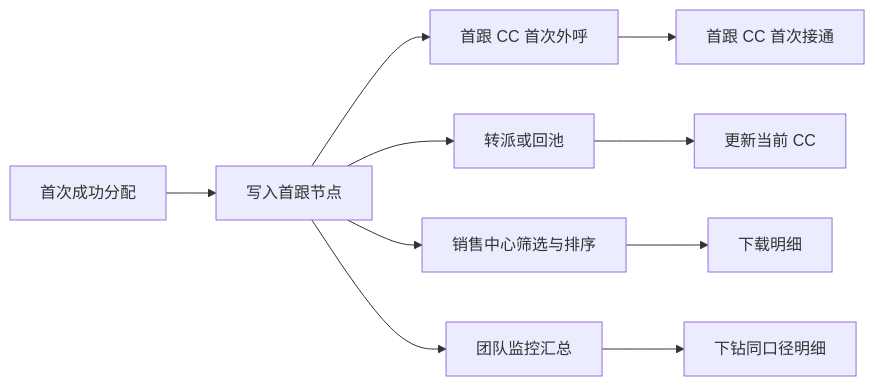
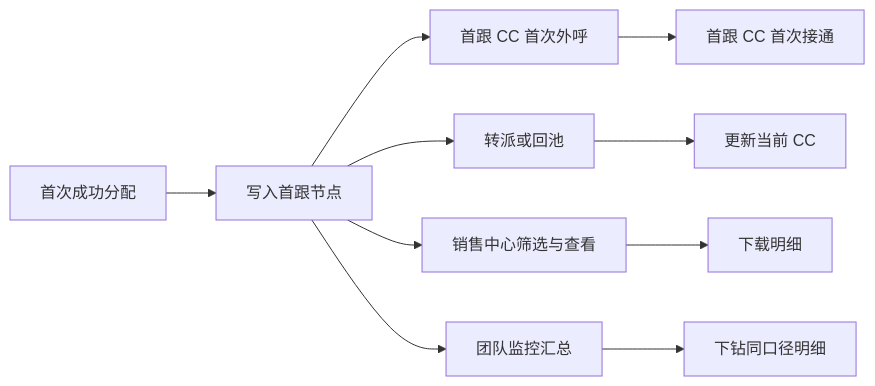
Before and after one commit to h3-ai-lab/hhhprd: the diagram in projects/first-contact-concise/PRD.md, drawn with Mermaid. The commit also changed other lines of this file and 11 other files, not shown here.

````diff
--- a/projects/first-contact-concise/PRD.md
+++ b/projects/first-contact-concise/PRD.md
@@ -34,12 +34,12 @@
 ```mermaid
 flowchart LR
     A[首次成功分配] --> B[写入首跟节点]
     B --> C[首跟 CC 首次外呼]
     C --> D[首跟 CC 首次接通]
     B --> E[转派或回池]
     E --> F[更新当前 CC]
-    B --> G[销售中心筛选与排序]
+    B --> G[销售中心筛选与查看]
     G --> H[下载明细]
     B --> I[团队监控汇总]
     I --> J[下钻同口径明细]
 ```
````
